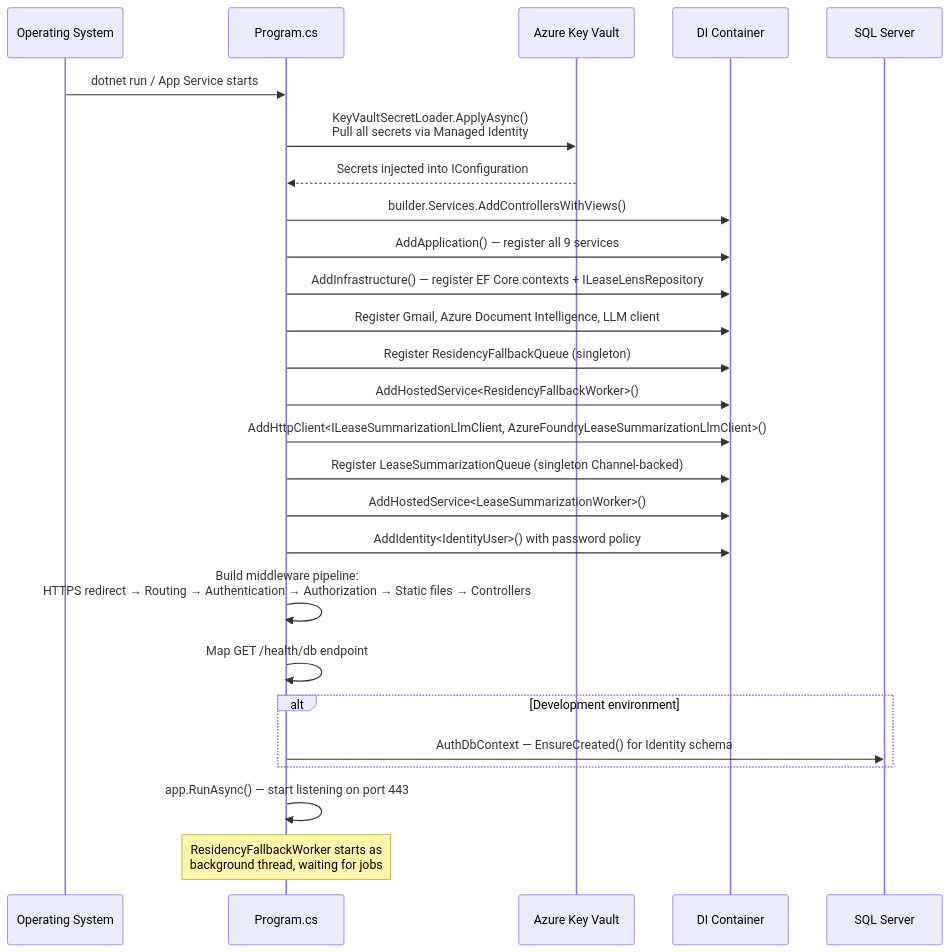
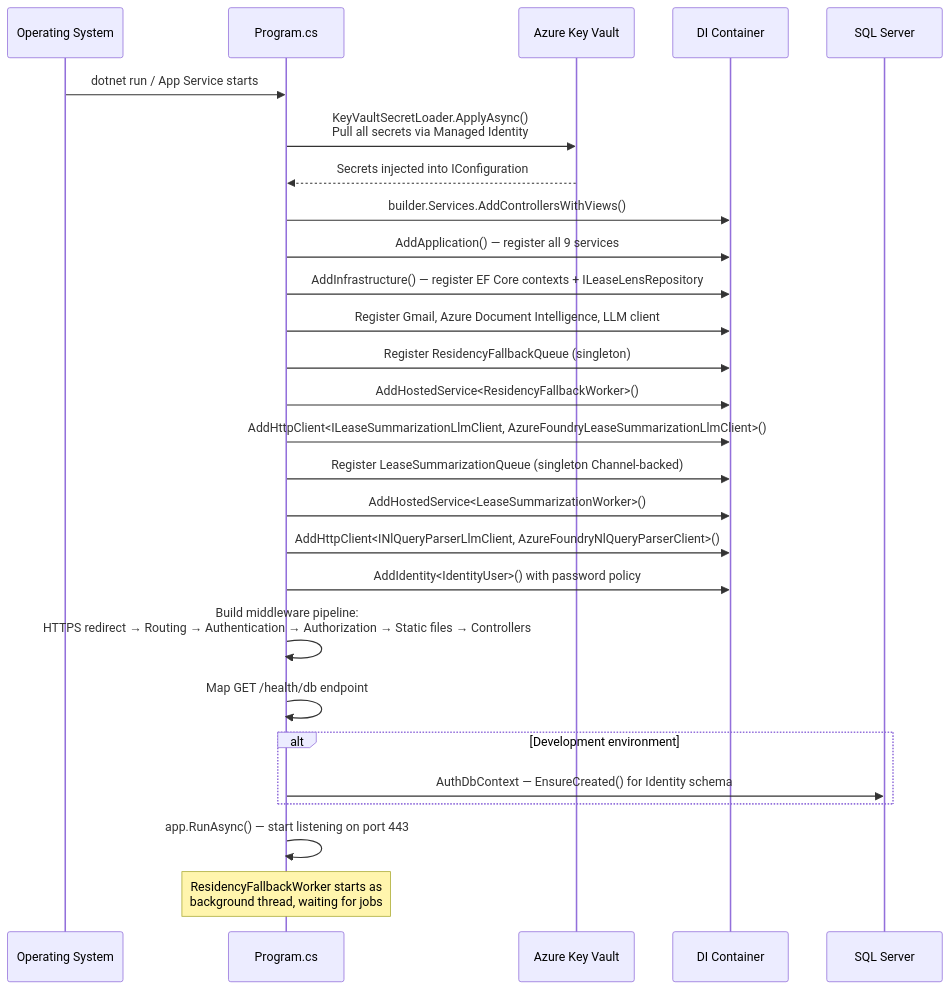
One commit to sirajusf/TenantLens changed diagram 31 of 31 in DOCUMENTATION.md. Above: the diagram before and after it, drawn with Mermaid. The commit also changed other lines of this file, not shown here.

````diff
--- a/DOCUMENTATION.md
+++ b/DOCUMENTATION.md
@@ -1142,36 +1203,37 @@
 ```mermaid
 sequenceDiagram
     participant OS as Operating System
     participant Main as Program.cs
     participant KV as Azure Key Vault
     participant DI as DI Container
     participant DB as SQL Server
 
     OS->>Main: dotnet run / App Service starts
 
     Main->>KV: KeyVaultSecretLoader.ApplyAsync()<br/>Pull all secrets via Managed Identity
     KV-->>Main: Secrets injected into IConfiguration
 
     Main->>DI: builder.Services.AddControllersWithViews()
     Main->>DI: AddApplication() — register all 9 services
     Main->>DI: AddInfrastructure() — register EF Core contexts + ILeaseLensRepository
     Main->>DI: Register Gmail, Azure Document Intelligence, LLM client
     Main->>DI: Register ResidencyFallbackQueue (singleton)
     Main->>DI: AddHostedService<ResidencyFallbackWorker>()
     Main->>DI: AddHttpClient<ILeaseSummarizationLlmClient, AzureFoundryLeaseSummarizationLlmClient>()
     Main->>DI: Register LeaseSummarizationQueue (singleton Channel-backed)
     Main->>DI: AddHostedService<LeaseSummarizationWorker>()
+    Main->>DI: AddHttpClient<INlQueryParserLlmClient, AzureFoundryNlQueryParserClient>()
     Main->>DI: AddIdentity<IdentityUser>() with password policy
 
     Main->>Main: Build middleware pipeline:<br/>HTTPS redirect → Routing → Authentication → Authorization → Static files → Controllers
 
     Main->>Main: Map GET /health/db endpoint
 
     alt Development environment
         Main->>DB: AuthDbContext — EnsureCreated() for Identity schema
     end
 
     Main->>Main: app.RunAsync() — start listening on port 443
 
     Note over Main: ResidencyFallbackWorker starts as<br/>background thread, waiting for jobs
 ```
````
